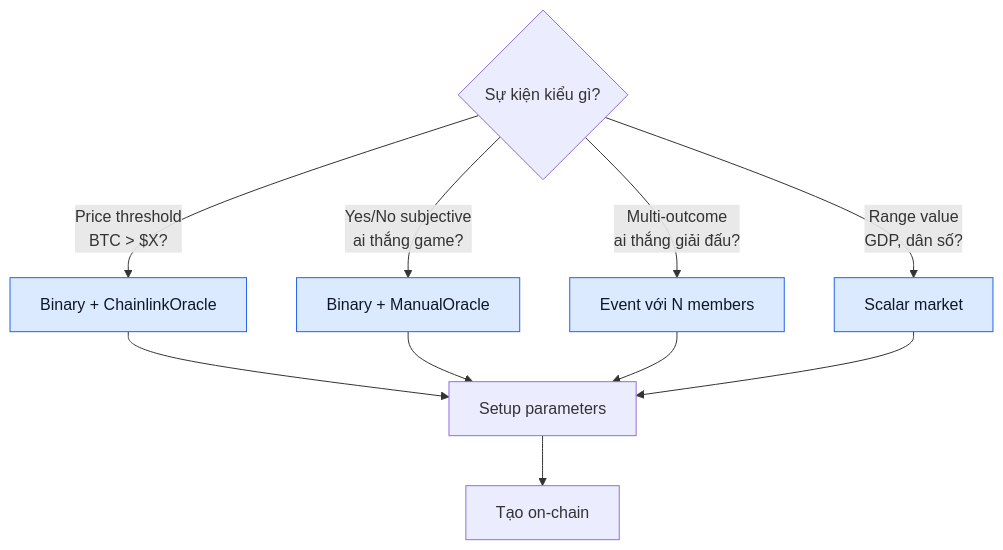
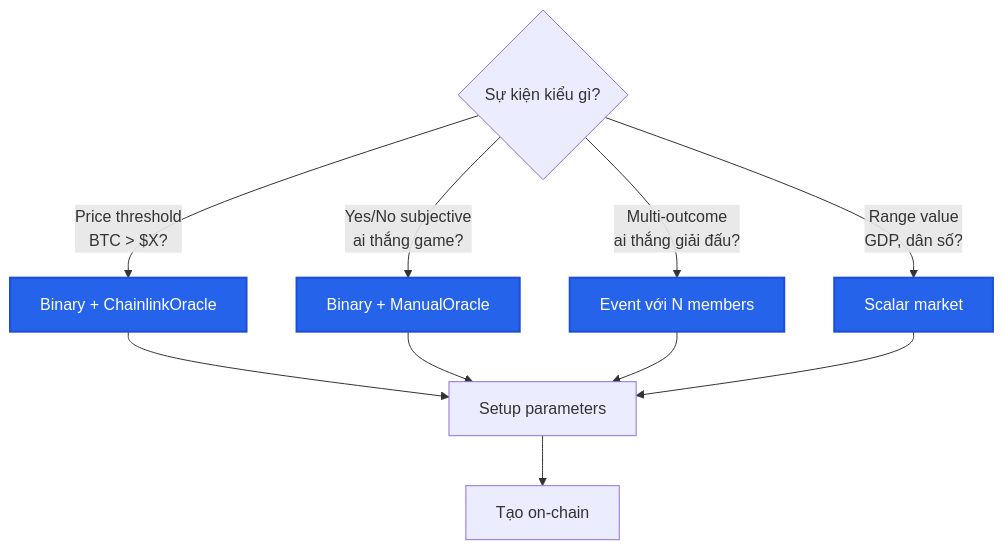
The first of 2 diagrams in vi_v6/huong-dan/tao-market.md (PrediX-Protocol/predix-docs), drawn with Mermaid before and after one commit. The commit also changed other lines of this file and 32 other files, not shown here.

First line of the commit message:
docs(vi_v6): redesign Mermaid theme — solid mid-tone palette + dark theme

````diff
--- a/vi_v6/huong-dan/tao-market.md
+++ b/vi_v6/huong-dan/tao-market.md
@@ -16,16 +16,16 @@
 ```mermaid
 flowchart TD
     Q1{Sự kiện kiểu gì?} -->|Price threshold<br/>BTC > $X?| Bin1[Binary + ChainlinkOracle]
     Q1 -->|Yes/No subjective<br/>ai thắng game?| Bin2[Binary + ManualOracle]
     Q1 -->|Multi-outcome<br/>ai thắng giải đấu?| Multi[Event với N members]
     Q1 -->|Range value<br/>GDP, dân số?| Scalar[Scalar market]
 
     Bin1 --> Setup[Setup parameters]
     Bin2 --> Setup
     Multi --> Setup
     Scalar --> Setup
     Setup --> Deploy[Tạo on-chain]
 
-    classDef option fill:#dbeafe,stroke:#2563eb,color:#0f172a
+    classDef option fill:#2563eb,stroke:#1d4ed8,color:#fff,stroke-width:2px
     class Bin1,Bin2,Multi,Scalar option
 ```
````
